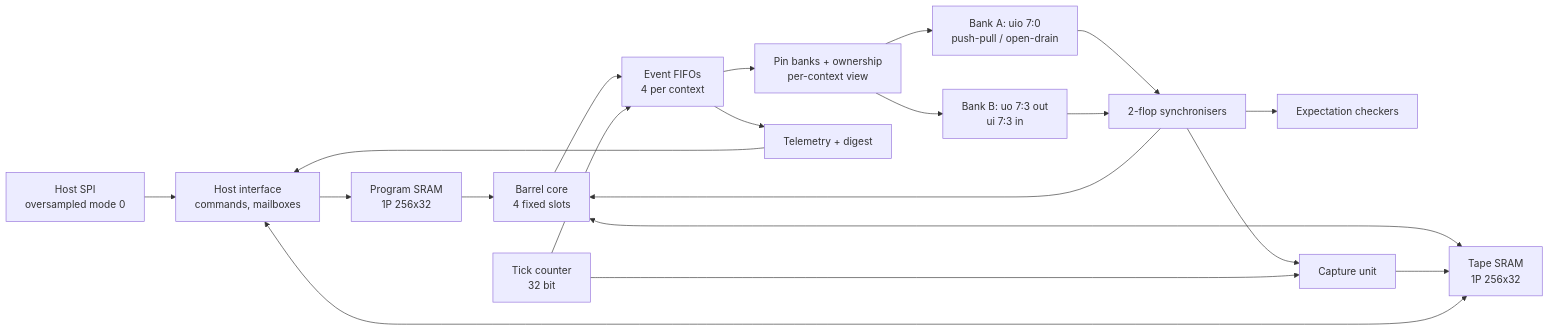
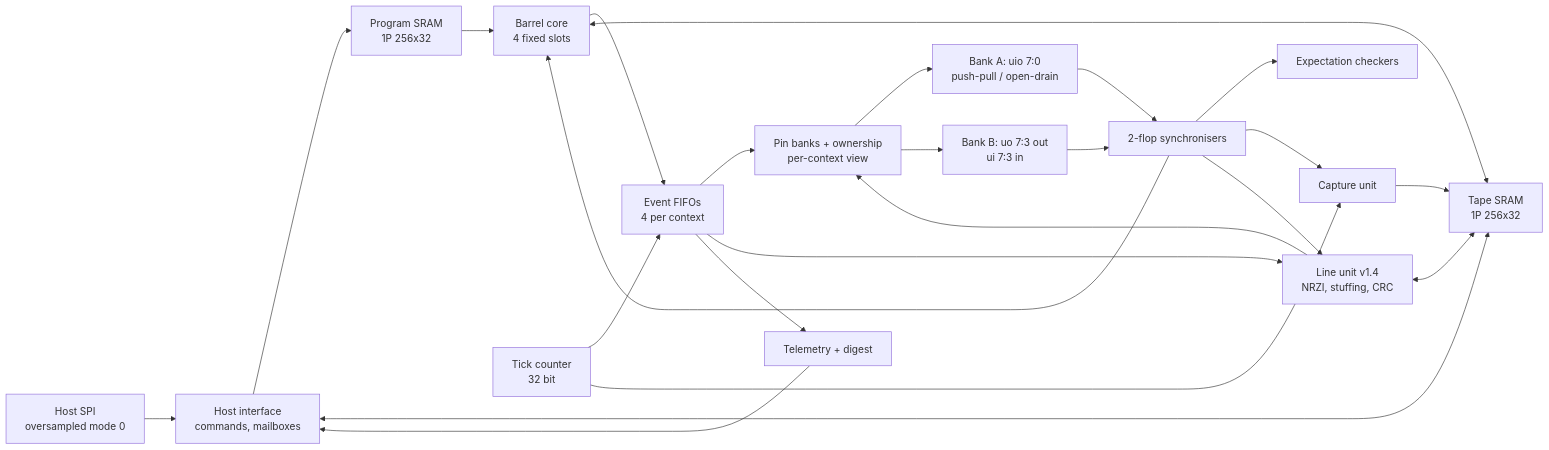
The diagram in docs/01-ARCHITECTURE.md (parthDOOM/escapement), drawn with Mermaid before and after one commit. The commit also changed other lines of this file and 9 other files, not shown here.

First line of the commit message:
USB keyboard in 187 instructions; line unit documentation

````diff
--- a/docs/01-ARCHITECTURE.md
+++ b/docs/01-ARCHITECTURE.md
@@ -11,22 +11,26 @@
 ```mermaid
 flowchart LR
     Host[Host SPI<br/>oversampled mode 0] --> HI[Host interface<br/>commands, mailboxes]
     HI --> IMEM[Program SRAM<br/>1P 256x32]
     IMEM --> Core[Barrel core<br/>4 fixed slots]
     Core --> Q[Event FIFOs<br/>4 per context]
     Time[Tick counter<br/>32 bit] --> Q
     Q --> Own[Pin banks + ownership<br/>per-context view]
     Own --> Pins[Bank A: uio 7:0<br/>push-pull / open-drain]
     Own --> PinsB[Bank B: uo 7:3 out<br/>ui 7:3 in]
     Pins --> Sync[2-flop synchronisers]
     PinsB --> Sync
     Sync --> Core
     Sync --> Chk[Expectation checkers]
     Sync --> Cap[Capture unit]
     Time --> Cap
     Core <--> Tape[Tape SRAM<br/>1P 256x32]
     Cap --> Tape
     HI <--> Tape
+    Q --> LU[Line unit v1.4<br/>NRZI, stuffing, CRC]
+    LU <--> Tape
+    LU --> Own
+    Sync --> LU
     Q --> Tel[Telemetry + digest]
     Tel --> HI
 ```
````
